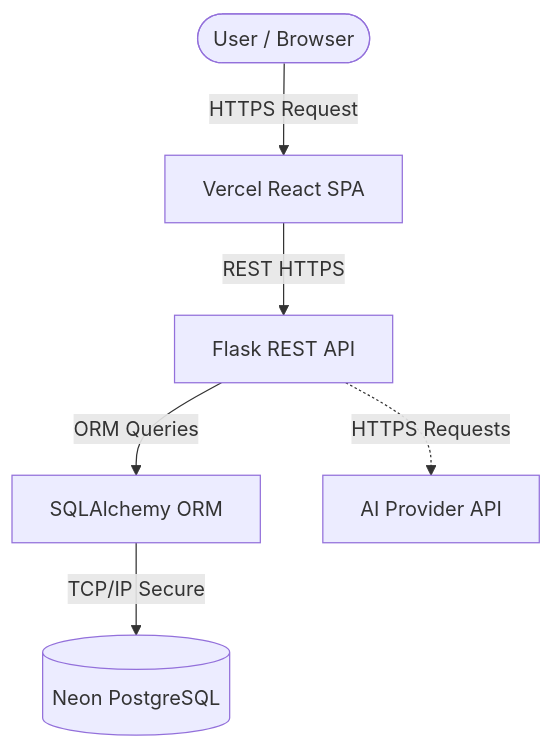
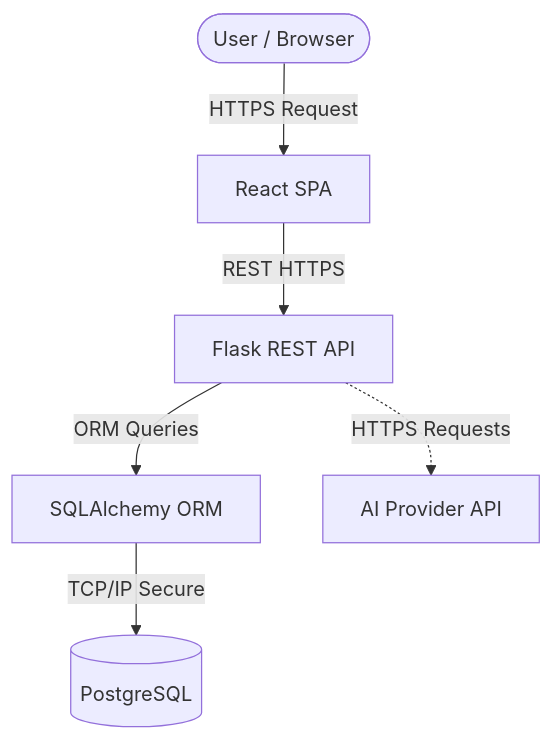
Before and after one commit to dilli-s/DIGITAL-MUESEUM: the diagram in docs/ARCHITECTURE.md, drawn with Mermaid. The commit also changed other lines of this file and 341 other files, not shown here.

````diff
--- a/docs/ARCHITECTURE.md
+++ b/docs/ARCHITECTURE.md
@@ -15,15 +15,15 @@
 ```mermaid
 graph TD
     User([User / Browser])
-    React[Vercel React SPA]
+    React[React SPA]
     Flask[Flask REST API]
     SQLAlchemy[SQLAlchemy ORM]
-    Neon[(Neon PostgreSQL)]
+    PostgreSQL[(PostgreSQL)]
     AI[AI Provider API]
 
     User -->|HTTPS Request| React
     React -->|REST HTTPS| Flask
     Flask -->|ORM Queries| SQLAlchemy
-    SQLAlchemy -->|TCP/IP Secure| Neon
+    SQLAlchemy -->|TCP/IP Secure| PostgreSQL
     Flask -.->|HTTPS Requests| AI
 ```
````
